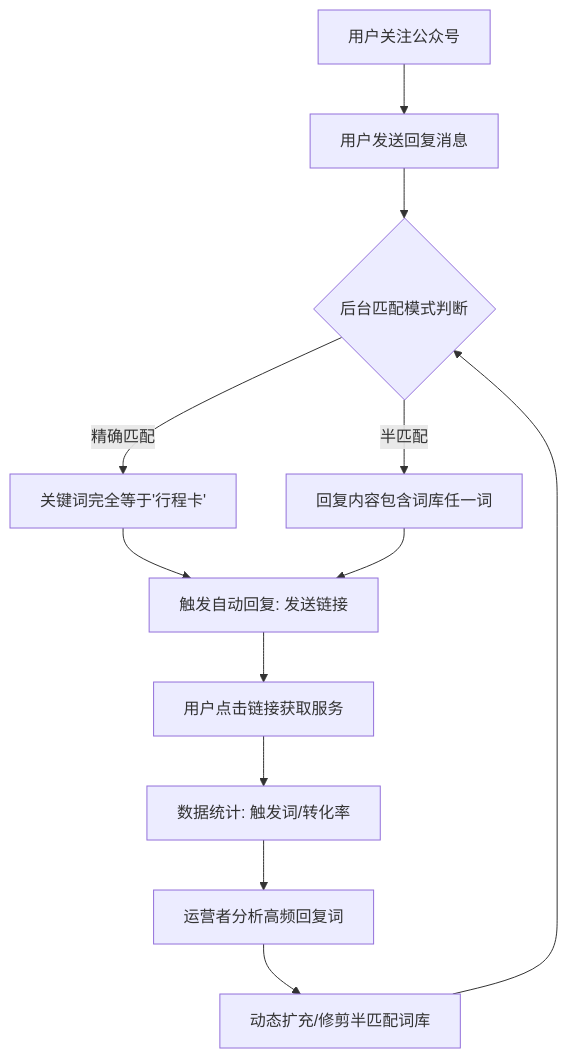
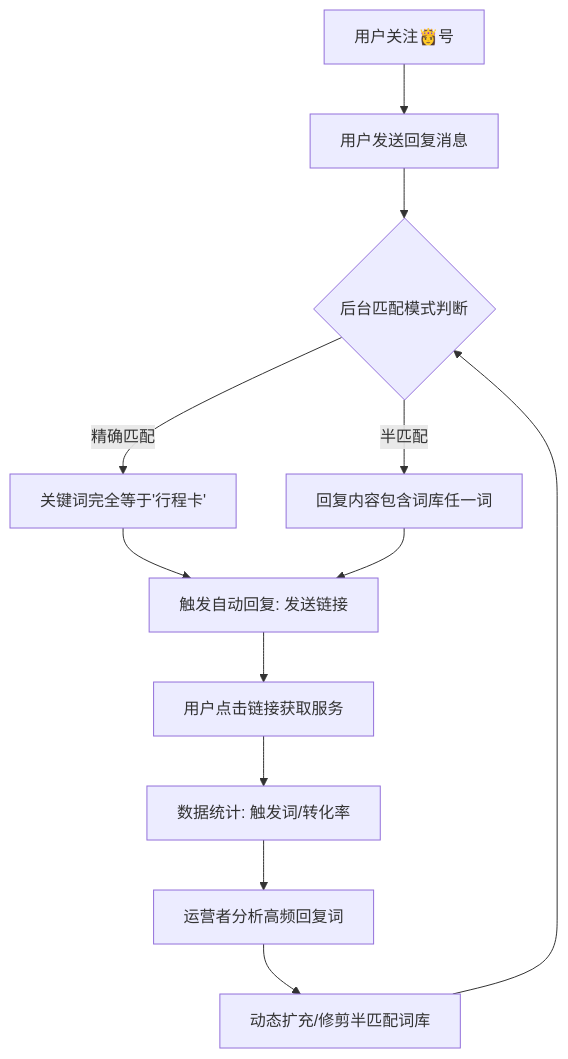
The third of 4 diagrams in docs/202301-02_paper2textbook/asset/body_fix_01d2239cfc8357284c687329e57926bf_33b618928893ea2d053bb54b905b6136_beb1d64e9e875af1546092bf3d4a6d4a_fe7b417706eba1cd9a9786bee80b5789.md (OpenDocCN1/flygon-zhuanqian-zhoubao), drawn with Mermaid before and after one commit. The commit also changed other lines of this file and 6688 other files, not shown here.

````diff
--- a/docs/202301-02_paper2textbook/asset/body_fix_01d2239cfc8357284c687329e57926bf_33b618928893ea2d053bb54b905b6136_beb1d64e9e875af1546092bf3d4a6d4a_fe7b417706eba1cd9a9786bee80b5789.md
+++ b/docs/202301-02_paper2textbook/asset/body_fix_01d2239cfc8357284c687329e57926bf_33b618928893ea2d053bb54b905b6136_beb1d64e9e875af1546092bf3d4a6d4a_fe7b417706eba1cd9a9786bee80b5789.md
@@ -358,14 +358,14 @@
 ```mermaid
 flowchart TD
-    A[用户关注公众号] --> B[用户发送回复消息]
+    A[用户关注👸号] --> B[用户发送回复消息]
     B --> C{后台匹配模式判断}
     C -->|精确匹配| D[关键词完全等于'行程卡']
     C -->|半匹配| E[回复内容包含词库任一词]
     D --> F[触发自动回复: 发送链接]
     E --> F
     F --> G[用户点击链接获取服务]
     G --> H[数据统计: 触发词/转化率]
     H --> I[运营者分析高频回复词]
     I --> J[动态扩充/修剪半匹配词库]
     J --> C
 ```
````
